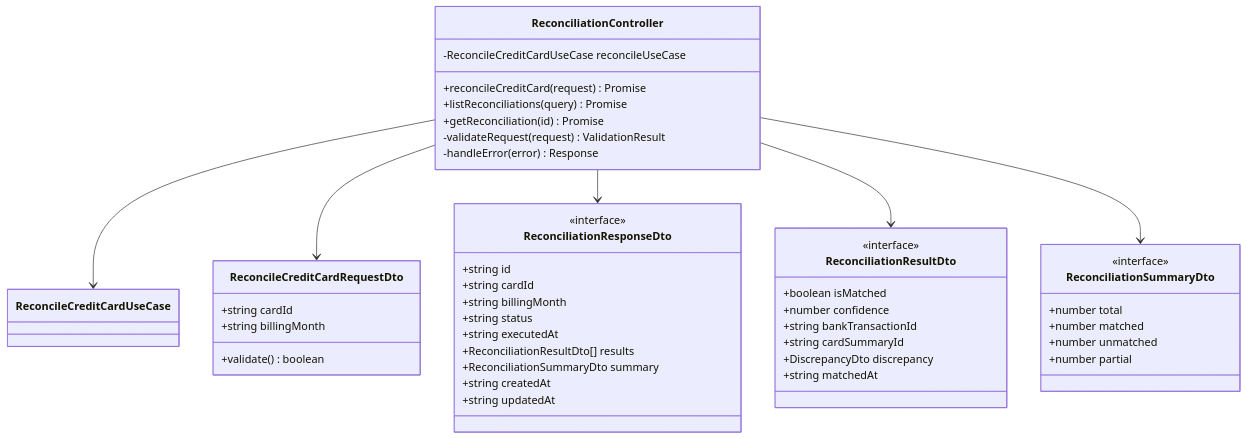
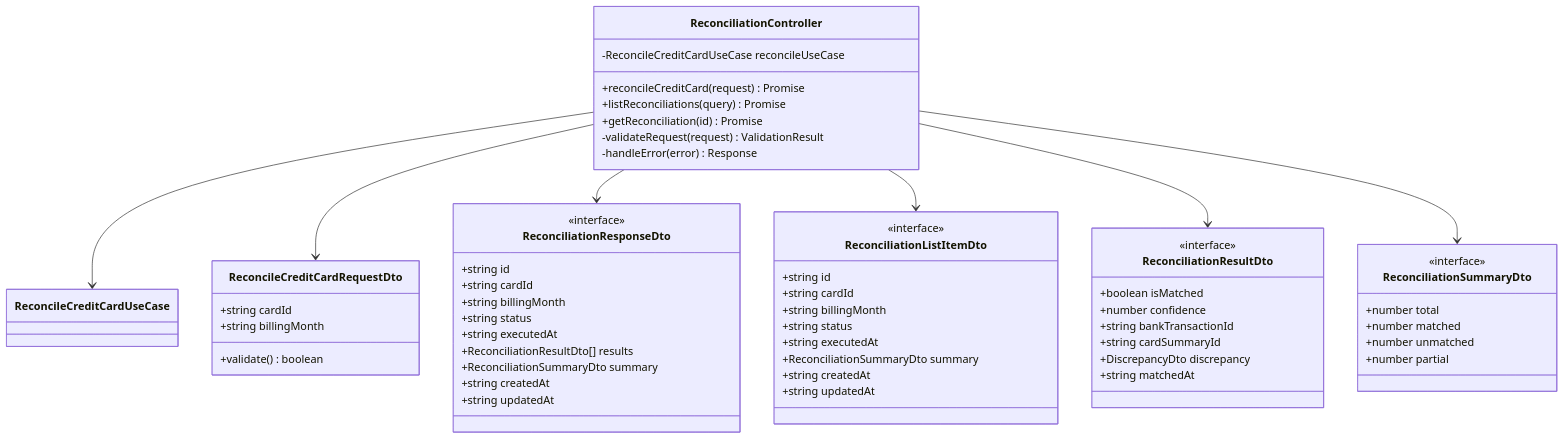
The fourth of 6 diagrams in docs/detailed-design/FR-013_bank-withdrawal-reconciliation/class-diagrams.md (kencom2400/account-book), drawn with Mermaid before and after one commit. The commit also changed other lines of this file and 4 other files, not shown here.

````diff
--- a/docs/detailed-design/FR-013_bank-withdrawal-reconciliation/class-diagrams.md
+++ b/docs/detailed-design/FR-013_bank-withdrawal-reconciliation/class-diagrams.md
@@ -306,54 +306,67 @@
 ```mermaid
 classDiagram
     class ReconciliationController {
         -ReconcileCreditCardUseCase reconcileUseCase
         +reconcileCreditCard(request) Promise<Response>
         +listReconciliations(query) Promise<Response>
         +getReconciliation(id) Promise<Response>
         -validateRequest(request) ValidationResult
         -handleError(error) Response
     }
 
     class ReconcileCreditCardRequestDto {
         +string cardId
         +string billingMonth
         +validate() boolean
     }
 
     class ReconciliationResponseDto {
         <<interface>>
         +string id
         +string cardId
         +string billingMonth
         +string status
         +string executedAt
         +ReconciliationResultDto[] results
         +ReconciliationSummaryDto summary
         +string createdAt
         +string updatedAt
     }
 
+    class ReconciliationListItemDto {
+        <<interface>>
+        +string id
+        +string cardId
+        +string billingMonth
+        +string status
+        +string executedAt
+        +ReconciliationSummaryDto summary
+        +string createdAt
+        +string updatedAt
+    }
+
     class ReconciliationResultDto {
         <<interface>>
         +boolean isMatched
         +number confidence
         +string bankTransactionId
         +string cardSummaryId
         +DiscrepancyDto discrepancy
         +string matchedAt
     }
 
     class ReconciliationSummaryDto {
         <<interface>>
         +number total
         +number matched
         +number unmatched
         +number partial
     }
 
     ReconciliationController --> ReconcileCreditCardUseCase
     ReconciliationController --> ReconcileCreditCardRequestDto
     ReconciliationController --> ReconciliationResponseDto
+    ReconciliationController --> ReconciliationListItemDto
     ReconciliationController --> ReconciliationResultDto
     ReconciliationController --> ReconciliationSummaryDto
 ```
````
